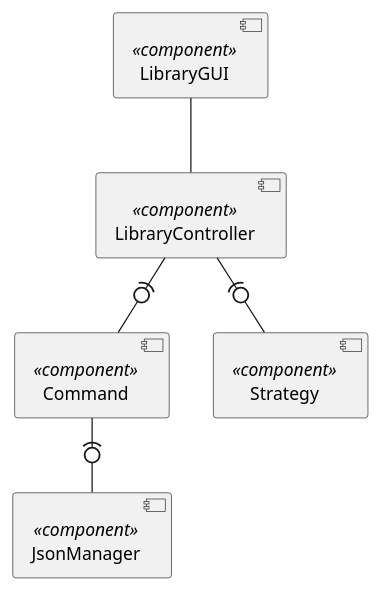
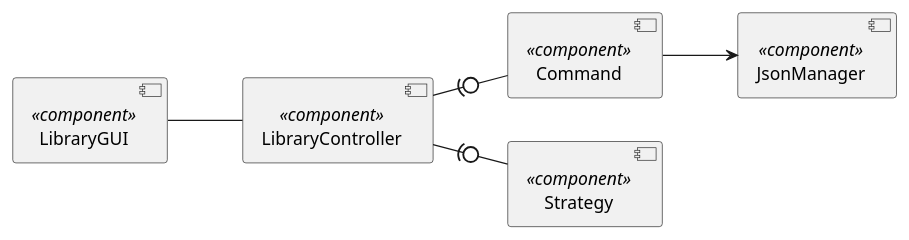
The diagram in src/UML/Component/SystemComponentDiagram.puml (CaputoCristian/LibreriaPersonale), drawn with PlantUML before and after one commit. The commit also changed 24 other files, not shown here.

```diff
--- a/src/UML/Component/SystemComponentDiagram.puml
+++ b/src/UML/Component/SystemComponentDiagram.puml
@@ -1,28 +1,30 @@
 @startuml
 
 skinparam componentStyle uml2
+
+left to right direction
 
 ' GUI
 [LibraryGUI] <<component>>
 
 ' Controller
 [LibraryController] <<component>>
 
 ' Comandi
 [Command] <<component>>
 
 ' Json
 [JsonManager] <<component>>
 
 ' Strategie
 [Strategy] <<component>>
 
 ' Relazioni
 [LibraryGUI] -- [LibraryController]
 
 [LibraryController] -(0- [Command]
 [LibraryController] -(0- [Strategy]
 
-[Command] -(0- [JsonManager]
+[Command] --> [JsonManager]
 
 @enduml
```
